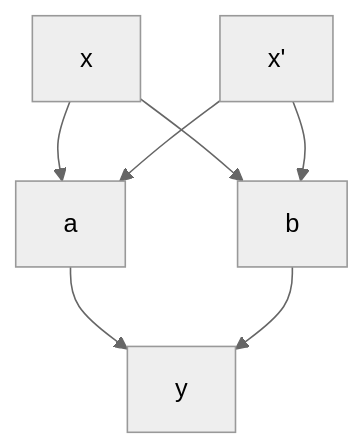
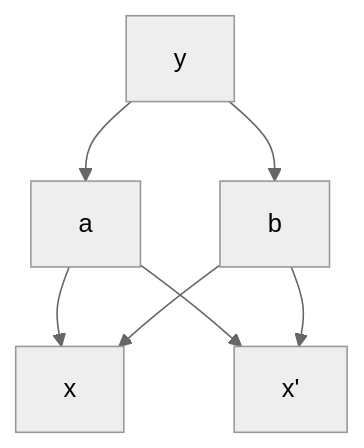
The second of 3 diagrams in src/math-log-questions.md (DubKoldun/notes), drawn with Mermaid (neutral theme) before and after one commit. The commit also changed other lines of this file, not shown here.

Commit message:
smol fikses

````diff
--- a/src/math-log-questions.md
+++ b/src/math-log-questions.md
@@ -107,9 +107,9 @@
     ```mermaid
     graph TD;
-    	x -->a
-    	x -->b
-    	x'-->a
-    	x'-->b
-    	a-->y
-    	b-->y
+    	y -->a
+    	y -->b
+    	a-->x
+    	b-->x
+      a-->x'
+      b-->x'
     ```
````
